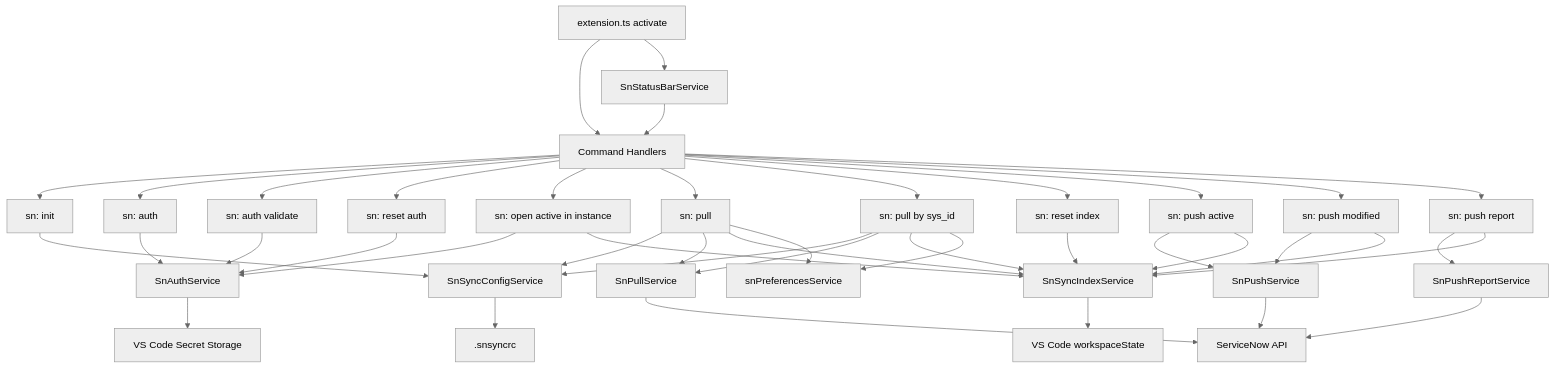
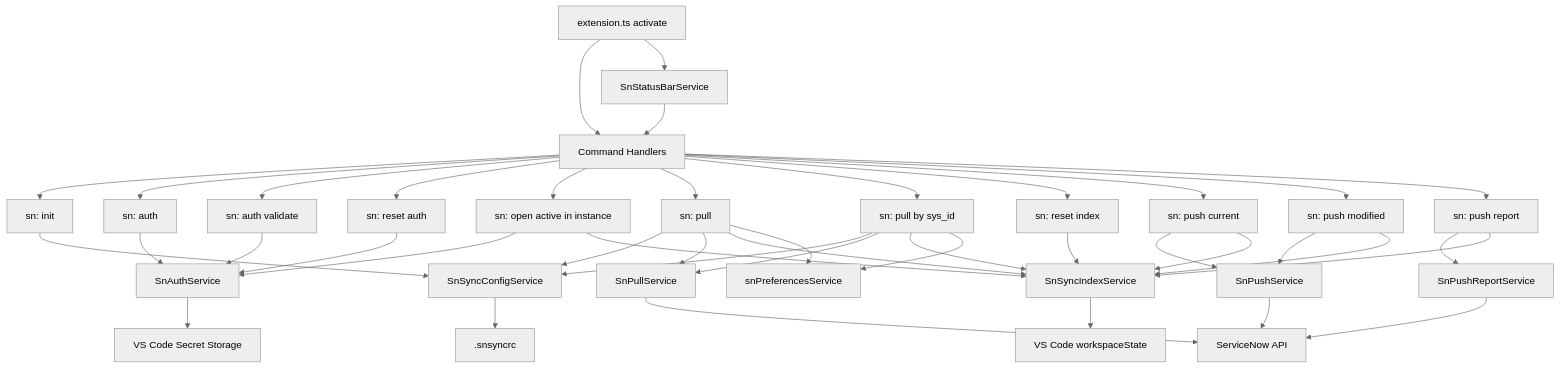
Before and after one commit to AlexAlvarez092/sn-sync: the diagram in docs/architecture.md, drawn with Mermaid (neutral theme). The commit also changed other lines of this file and 16 other files, not shown here.

First line of the commit message:
feat: implement sn: push current command for active file synchronization

````diff
--- a/docs/architecture.md
+++ b/docs/architecture.md
@@ -206,55 +206,55 @@
 ```mermaid
 flowchart TD
   EXT[extension.ts activate] --> CMD[Command Handlers]
 
   CMD --> INIT[sn: init]
   CMD --> AUTH[sn: auth]
   CMD --> AUTHV[sn: auth validate]
   CMD --> AUTHR[sn: reset auth]
   CMD --> OPEN[sn: open active in instance]
   CMD --> PULL[sn: pull]
   CMD --> PULLID[sn: pull by sys_id]
   CMD --> RESET[sn: reset index]
-  CMD --> PUSHA[sn: push active]
+  CMD --> PUSHA[sn: push current]
   CMD --> PUSHM[sn: push modified]
   CMD --> PUSHR[sn: push report]
   EXT --> SB[SnStatusBarService]
 
   INIT --> CFG[SnSyncConfigService]
   AUTH --> AUTHS[SnAuthService]
   AUTHV --> AUTHS
   AUTHR --> AUTHS
   OPEN --> AUTHS
   OPEN --> INDEX
 
   PULL --> CFG
   PULL --> PULLS[SnPullService]
   PULL --> INDEX[SnSyncIndexService]
   PULL --> PREF[snPreferencesService]
 
   PULLID --> CFG
   PULLID --> PULLS
   PULLID --> INDEX
   PULLID --> PREF
 
   RESET --> INDEX
 
   PUSHA --> PUSHS[SnPushService]
   PUSHA --> INDEX
 
   PUSHM --> PUSHS
   PUSHM --> INDEX
 
   PUSHR --> REP[SnPushReportService]
   PUSHR --> INDEX
 
   SB --> CMD
 
   PULLS --> SN[ServiceNow API]
   PUSHS --> SN
   REP --> SN
 
   INDEX --> WS[VS Code workspaceState]
   AUTHS --> SEC[VS Code Secret Storage]
   CFG --> RC[.snsyncrc]
 ```
````
